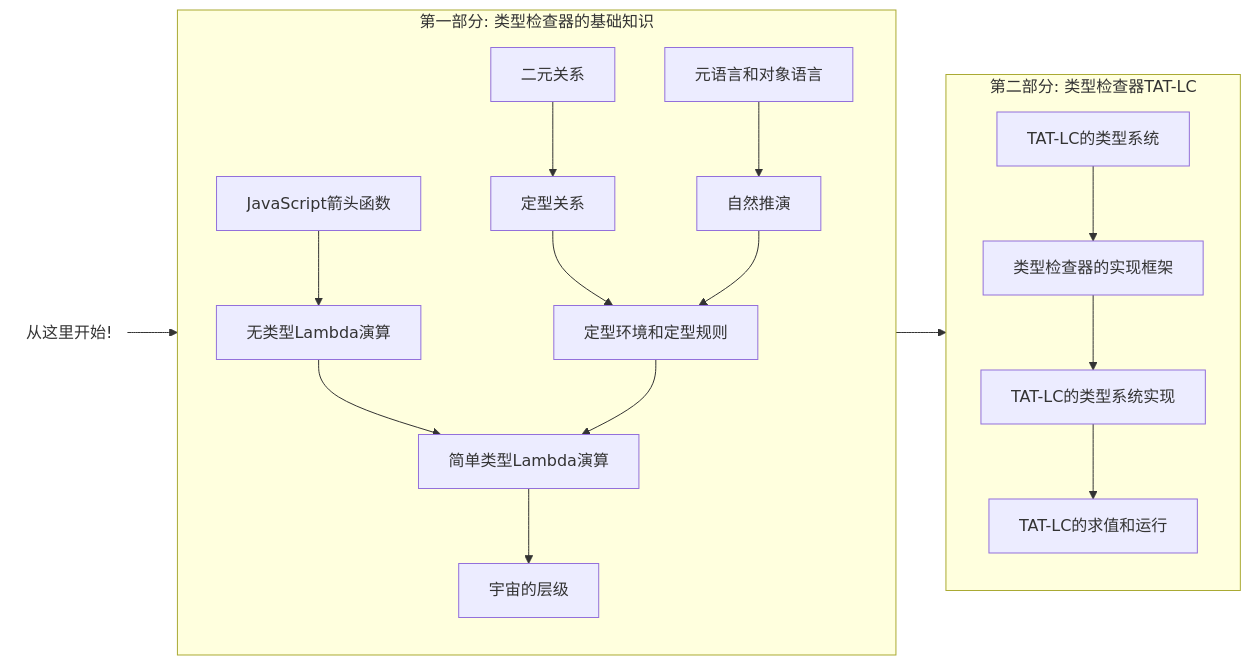
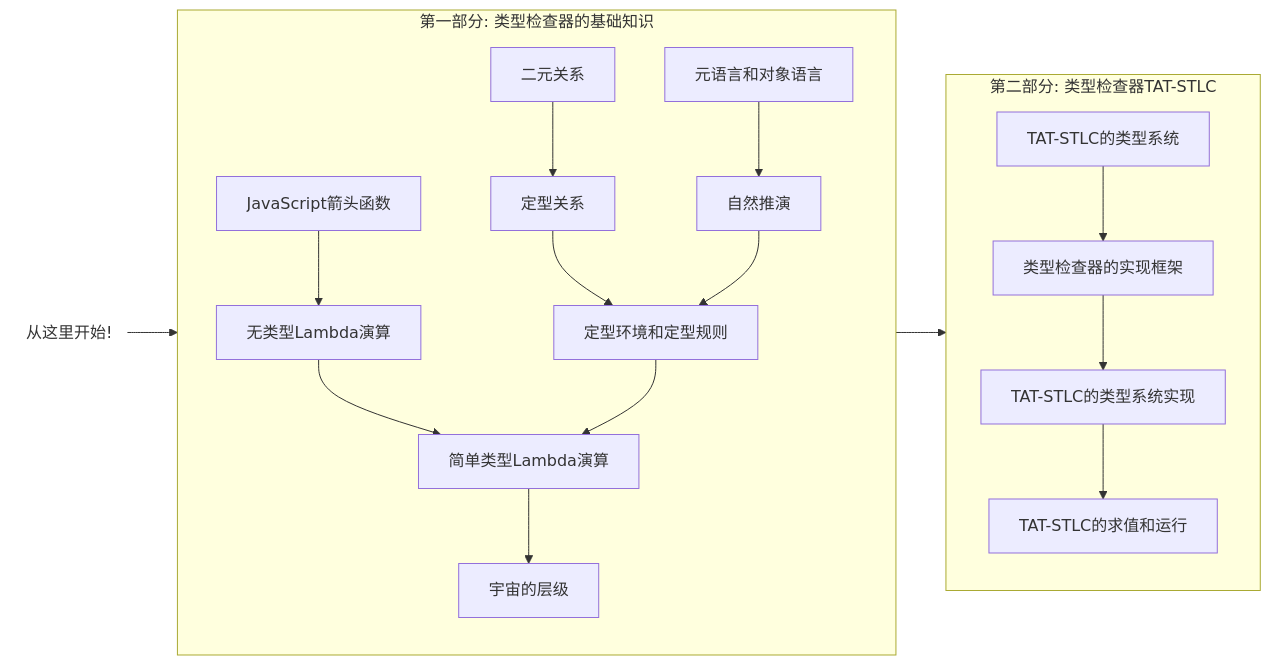
Before and after one commit to suica/write-you-a-typescript: the diagram in slides/slides.md, drawn with Mermaid. The commit also changed other lines of this file, not shown here.

Commit message:
fix: rename TAT-LC to TAT-STLC

````diff
--- a/slides/slides.md
+++ b/slides/slides.md
@@ -452,23 +452,23 @@
 ```mermaid {scale: 0.9}
 flowchart LR
   subgraph Part1[第一部分: 类型检查器的基础知识]
     direction TB
     ArrowFunction[JavaScript箭头函数] --> UTLC[无类型Lambda演算]
     UTLC --> STLC --> 宇宙的层级
     BinaryRelation[二元关系] --> TypingRelation[定型关系]
     TypingRelation --> TypingContext[定型环境和定型规则]
     TypingContext --> STLC[简单类型Lambda演算]
     MetaLanguage[元语言和对象语言] --> NaturalDeduction[自然推演] 
     NaturalDeduction --> TypingContext
   end
 
-  subgraph Part2[第二部分: 类型检查器TAT-LC]
+  subgraph Part2[第二部分: 类型检查器TAT-STLC]
     direction TB
-    TATRules[TAT-LC的类型系统] --> TATFrameWork[类型检查器的实现框架]
-    TATFrameWork --> TATTypeScriptImpl[TAT-LC的类型系统实现] --> TATEval[TAT-LC的求值和运行]
+    TATRules[TAT-STLC的类型系统] --> TATFrameWork[类型检查器的实现框架]
+    TATFrameWork --> TATTypeScriptImpl[TAT-STLC的类型系统实现] --> TATEval[TAT-STLC的求值和运行]
   end
 
   Start(从这里开始!) --> Part1 --> Part2
   style Start fill:none,stroke:none
 
 ```
````
